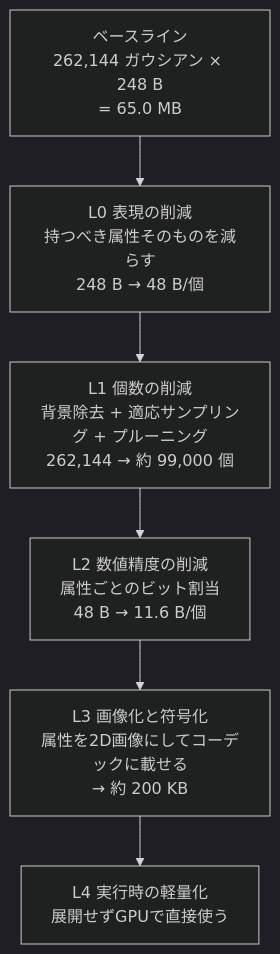
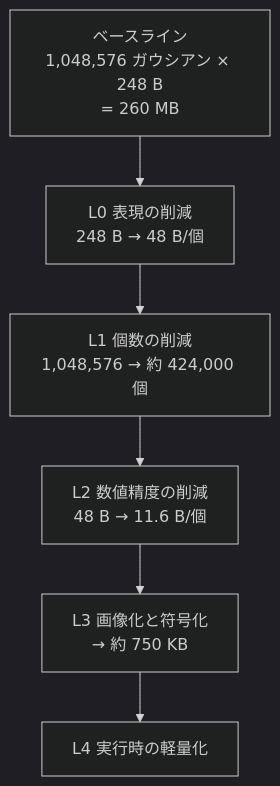
Before and after one commit to sakanayuki/cc_create3dgs: the diagram in docs/04-compression.md, drawn with Mermaid (dark theme). The commit also changed other lines of this file and 9 other files, not shown here.

````diff
--- a/docs/04-compression.md
+++ b/docs/04-compression.md
@@ -9,10 +8,10 @@
 ```mermaid
 flowchart TB
-    B["ベースライン<br/>262,144 ガウシアン × 248 B<br/>= 65.0 MB"]
-    L0["L0 表現の削減<br/>持つべき属性そのものを減らす<br/>248 B → 48 B/個"]
-    L1["L1 個数の削減<br/>背景除去 + 適応サンプリング + プルーニング<br/>262,144 → 約 99,000 個"]
-    L2["L2 数値精度の削減<br/>属性ごとのビット割当<br/>48 B → 11.6 B/個"]
-    L3["L3 画像化と符号化<br/>属性を2D画像にしてコーデックに載せる<br/>→ 約 200 KB"]
-    L4["L4 実行時の軽量化<br/>展開せずGPUで直接使う"]
+    B["ベースライン<br/>1,048,576 ガウシアン × 248 B<br/>= 260 MB"]
+    L0["L0 表現の削減<br/>248 B → 48 B/個"]
+    L1["L1 個数の削減<br/>1,048,576 → 約 424,000 個"]
+    L2["L2 数値精度の削減<br/>48 B → 11.6 B/個"]
+    L3["L3 画像化と符号化<br/>→ 約 750 KB"]
+    L4["L4 実行時の軽量化"]
     B --> L0 --> L1 --> L2 --> L3 --> L4
 ```
````
